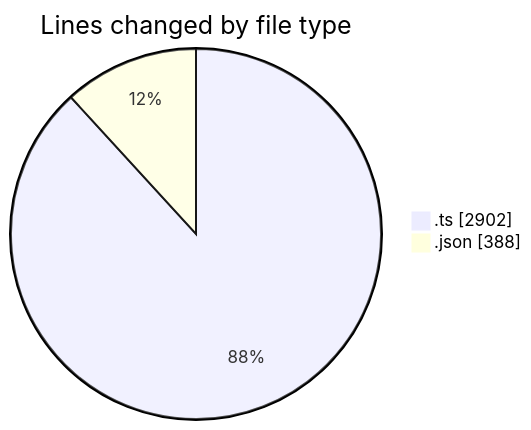
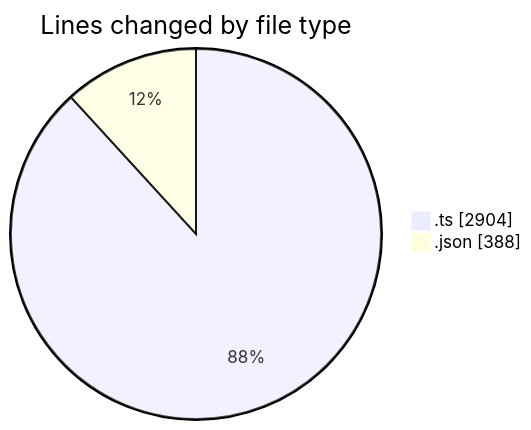
Before and after one commit to charlie-sans/code-tracking: the first of 2 diagrams in 2025-04-30/masm-lsp/README.md, drawn with Mermaid. The commit also changed other lines of this file and 1 other file, not shown here.

````diff
--- a/2025-04-30/masm-lsp/README.md
+++ b/2025-04-30/masm-lsp/README.md
@@ -22,6 +22,6 @@
 ```mermaid
 pie showData
 title Lines changed by file type
-".ts" : 2902
+".ts" : 2904
 ".json" : 388
 ```
````
